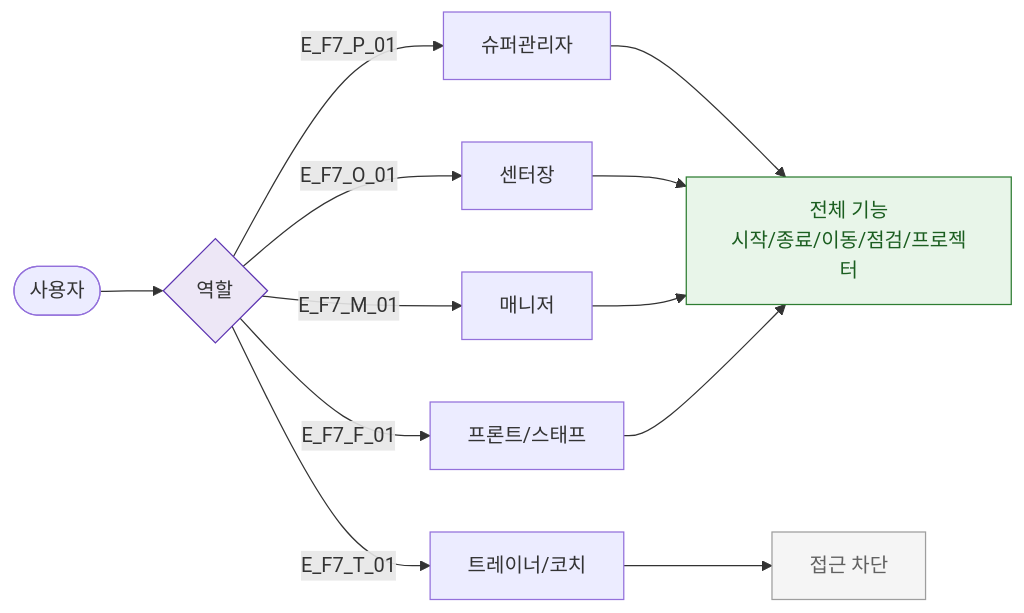
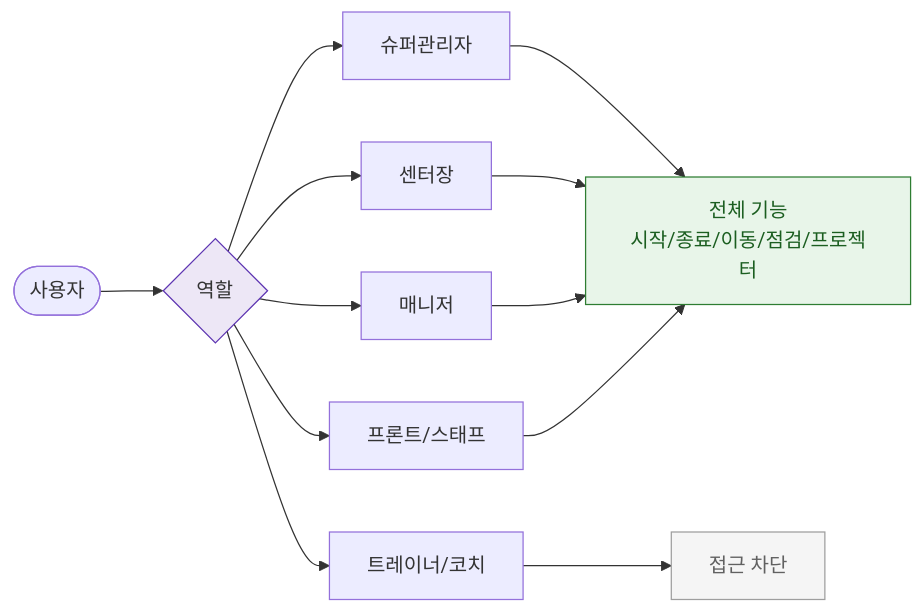
The diagram in docs/다이어그램/D06_시설관리/SCR-054_골프타석관리/F7_권한.md (dev-spogym/admin-pando), drawn with Mermaid before and after one commit. The commit also changed other lines of this file and 1660 other files, not shown here.

First line of the commit message:
다이어그램: 기획자/클라이언트 납품본으로 정리

````diff
--- a/docs/다이어그램/D06_시설관리/SCR-054_골프타석관리/F7_권한.md
+++ b/docs/다이어그램/D06_시설관리/SCR-054_골프타석관리/F7_권한.md
@@ -16,20 +14,20 @@
 ```mermaid
 flowchart LR
     USER([사용자]) --> RoleCheck{역할}
 
-    RoleCheck -->|E_F7_P_01| P[슈퍼관리자]
-    RoleCheck -->|E_F7_O_01| O[센터장]
-    RoleCheck -->|E_F7_M_01| M[매니저]
-    RoleCheck -->|E_F7_F_01| F[프론트/스태프]
-    RoleCheck -->|E_F7_T_01| T[트레이너/코치]
+    RoleCheck --> P[슈퍼관리자]
+    RoleCheck --> O[센터장]
+    RoleCheck --> M[매니저]
+    RoleCheck --> F[프론트/스태프]
+    RoleCheck --> T[트레이너/코치]
 
     P & O & M & F --> Full[전체 기능\n시작/종료/이동/점검/프로젝터]
     T --> Blocked[접근 차단]
 
     classDef success fill:#E8F5E9,stroke:#2E7D32,color:#1B5E20
     classDef rbacBlocked fill:#F5F5F5,stroke:#9E9E9E,color:#616161
     classDef system fill:#EDE7F6,stroke:#5E35B2
     class Full success
     class Blocked rbacBlocked
     class RoleCheck system
 ```
````
